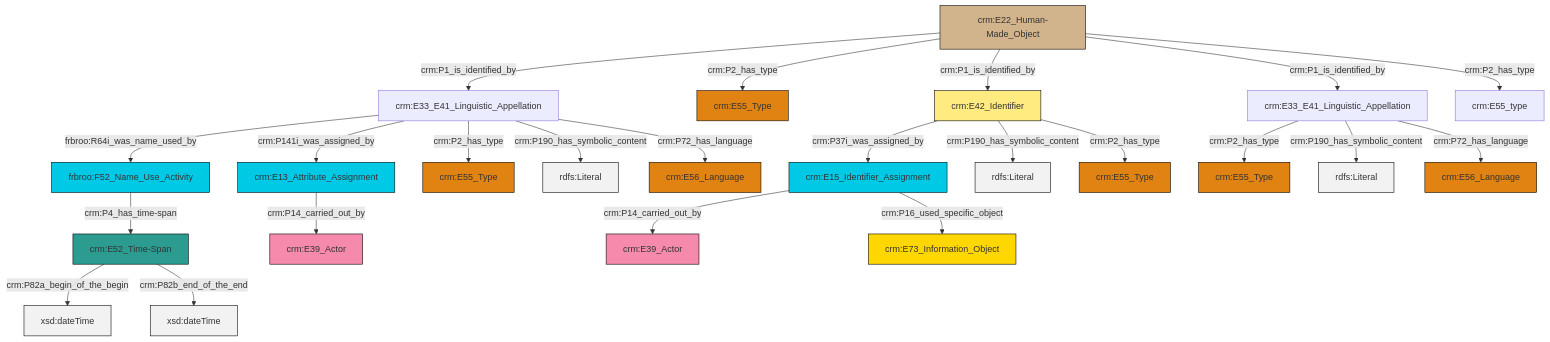
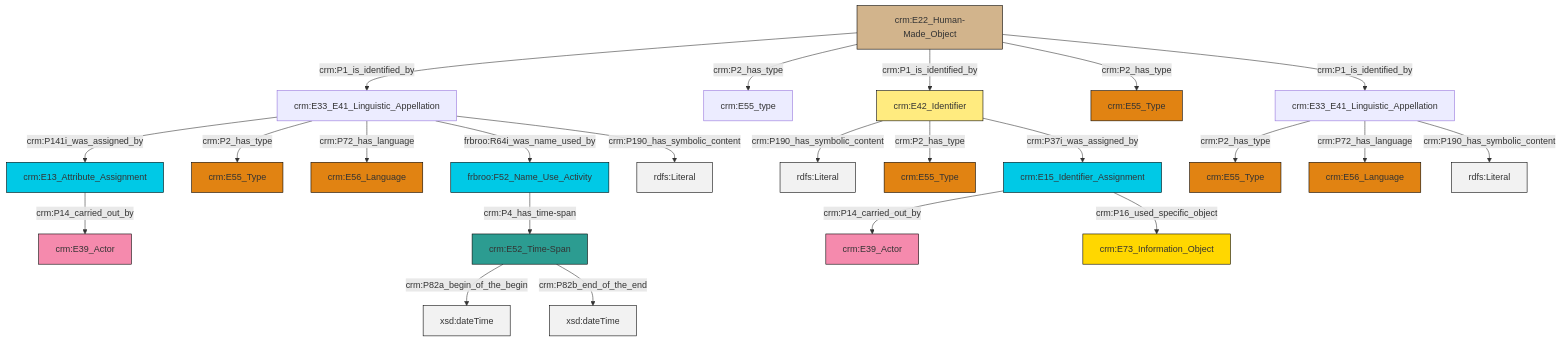
Before and after one commit to swiss-art-research-net/reference-data-models: the diagram in et/artworkCSV/ttl/mmd/Artwork_Name.ttl.mmd, drawn with Mermaid. The commit also changed 124 other files, not shown here.

```diff
--- a/et/artworkCSV/ttl/mmd/Artwork_Name.ttl.mmd
+++ b/et/artworkCSV/ttl/mmd/Artwork_Name.ttl.mmd
@@ -1,37 +1,37 @@
 graph TD
 classDef Literal fill:#f2f2f2,stroke:#000000;
 classDef CRM_Entity fill:#FFFFFF,stroke:#000000;
 classDef Temporal_Entity fill:#00C9E6, stroke:#000000;
 classDef Type fill:#E18312, stroke:#000000;
 classDef Time-Span fill:#2C9C91, stroke:#000000;
 classDef Appellation fill:#FFEB7F, stroke:#000000;
 classDef Place fill:#008836, stroke:#000000;
 classDef Persistent_Item fill:#B266B2, stroke:#000000;
 classDef Conceptual_Object fill:#FFD700, stroke:#000000;
 classDef Physical_Thing fill:#D2B48C, stroke:#000000;
 classDef Actor fill:#f58aad, stroke:#000000;
 classDef PC_Classes fill:#4ce600, stroke:#000000;
 classDef Multi fill:#cccccc,stroke:#000000;
 
-0["crm:E15_Identifier_Assignment"]:::Temporal_Entity -->|crm:P14_carried_out_by| 1["crm:E39_Actor"]:::Actor
-4["crm:E13_Attribute_Assignment"]:::Temporal_Entity -->|crm:P14_carried_out_by| 2["crm:E39_Actor"]:::Actor
-5["crm:E33_E41_Linguistic_Appellation"]:::Default -->|frbroo:R64i_was_name_used_by| 6["frbroo:F52_Name_Use_Activity"]:::Temporal_Entity
-5["crm:E33_E41_Linguistic_Appellation"]:::Default -->|crm:P141i_was_assigned_by| 4["crm:E13_Attribute_Assignment"]:::Temporal_Entity
-5["crm:E33_E41_Linguistic_Appellation"]:::Default -->|crm:P2_has_type| 12["crm:E55_Type"]:::Type
-18["crm:E22_Human-Made_Object"]:::Physical_Thing -->|crm:P1_is_identified_by| 5["crm:E33_E41_Linguistic_Appellation"]:::Default
-0["crm:E15_Identifier_Assignment"]:::Temporal_Entity -->|crm:P16_used_specific_object| 14["crm:E73_Information_Object"]:::Conceptual_Object
-16["crm:E42_Identifier"]:::Appellation -->|crm:P37i_was_assigned_by| 0["crm:E15_Identifier_Assignment"]:::Temporal_Entity
-6["frbroo:F52_Name_Use_Activity"]:::Temporal_Entity -->|crm:P4_has_time-span| 19["crm:E52_Time-Span"]:::Time-Span
-16["crm:E42_Identifier"]:::Appellation -->|crm:P190_has_symbolic_content| 27[rdfs:Literal]:::Literal
-7["crm:E33_E41_Linguistic_Appellation"]:::Default -->|crm:P2_has_type| 28["crm:E55_Type"]:::Type
-18["crm:E22_Human-Made_Object"]:::Physical_Thing -->|crm:P2_has_type| 29["crm:E55_Type"]:::Type
-19["crm:E52_Time-Span"]:::Time-Span -->|crm:P82a_begin_of_the_begin| 32[xsd:dateTime]:::Literal
-5["crm:E33_E41_Linguistic_Appellation"]:::Default -->|crm:P190_has_symbolic_content| 34[rdfs:Literal]:::Literal
-7["crm:E33_E41_Linguistic_Appellation"]:::Default -->|crm:P190_has_symbolic_content| 36[rdfs:Literal]:::Literal
-18["crm:E22_Human-Made_Object"]:::Physical_Thing -->|crm:P1_is_identified_by| 16["crm:E42_Identifier"]:::Appellation
-7["crm:E33_E41_Linguistic_Appellation"]:::Default -->|crm:P72_has_language| 20["crm:E56_Language"]:::Type
-5["crm:E33_E41_Linguistic_Appellation"]:::Default -->|crm:P72_has_language| 10["crm:E56_Language"]:::Type
-19["crm:E52_Time-Span"]:::Time-Span -->|crm:P82b_end_of_the_end| 38[xsd:dateTime]:::Literal
-18["crm:E22_Human-Made_Object"]:::Physical_Thing -->|crm:P1_is_identified_by| 7["crm:E33_E41_Linguistic_Appellation"]:::Default
-16["crm:E42_Identifier"]:::Appellation -->|crm:P2_has_type| 25["crm:E55_Type"]:::Type
-18["crm:E22_Human-Made_Object"]:::Physical_Thing -->|crm:P2_has_type| 23["crm:E55_type"]:::Default
+0["crm:E22_Human-Made_Object"]:::Physical_Thing -->|crm:P1_is_identified_by| 1["crm:E33_E41_Linguistic_Appellation"]:::Default
+1["crm:E33_E41_Linguistic_Appellation"]:::Default -->|crm:P141i_was_assigned_by| 2["crm:E13_Attribute_Assignment"]:::Temporal_Entity
+3["crm:E42_Identifier"]:::Appellation -->|crm:P190_has_symbolic_content| 4[rdfs:Literal]:::Literal
+0["crm:E22_Human-Made_Object"]:::Physical_Thing -->|crm:P2_has_type| 6["crm:E55_type"]:::Default
+3["crm:E42_Identifier"]:::Appellation -->|crm:P2_has_type| 7["crm:E55_Type"]:::Type
+1["crm:E33_E41_Linguistic_Appellation"]:::Default -->|crm:P2_has_type| 8["crm:E55_Type"]:::Type
+1["crm:E33_E41_Linguistic_Appellation"]:::Default -->|crm:P72_has_language| 9["crm:E56_Language"]:::Type
+10["crm:E52_Time-Span"]:::Time-Span -->|crm:P82a_begin_of_the_begin| 11[xsd:dateTime]:::Literal
+12["crm:E15_Identifier_Assignment"]:::Temporal_Entity -->|crm:P14_carried_out_by| 13["crm:E39_Actor"]:::Actor
+10["crm:E52_Time-Span"]:::Time-Span -->|crm:P82b_end_of_the_end| 14[xsd:dateTime]:::Literal
+15["crm:E33_E41_Linguistic_Appellation"]:::Default -->|crm:P2_has_type| 16["crm:E55_Type"]:::Type
+15["crm:E33_E41_Linguistic_Appellation"]:::Default -->|crm:P72_has_language| 17["crm:E56_Language"]:::Type
+0["crm:E22_Human-Made_Object"]:::Physical_Thing -->|crm:P1_is_identified_by| 3["crm:E42_Identifier"]:::Appellation
+2["crm:E13_Attribute_Assignment"]:::Temporal_Entity -->|crm:P14_carried_out_by| 20["crm:E39_Actor"]:::Actor
+1["crm:E33_E41_Linguistic_Appellation"]:::Default -->|frbroo:R64i_was_name_used_by| 18["frbroo:F52_Name_Use_Activity"]:::Temporal_Entity
+18["frbroo:F52_Name_Use_Activity"]:::Temporal_Entity -->|crm:P4_has_time-span| 10["crm:E52_Time-Span"]:::Time-Span
+0["crm:E22_Human-Made_Object"]:::Physical_Thing -->|crm:P2_has_type| 24["crm:E55_Type"]:::Type
+12["crm:E15_Identifier_Assignment"]:::Temporal_Entity -->|crm:P16_used_specific_object| 25["crm:E73_Information_Object"]:::Conceptual_Object
+1["crm:E33_E41_Linguistic_Appellation"]:::Default -->|crm:P190_has_symbolic_content| 30[rdfs:Literal]:::Literal
+15["crm:E33_E41_Linguistic_Appellation"]:::Default -->|crm:P190_has_symbolic_content| 32[rdfs:Literal]:::Literal
+0["crm:E22_Human-Made_Object"]:::Physical_Thing -->|crm:P1_is_identified_by| 15["crm:E33_E41_Linguistic_Appellation"]:::Default
+3["crm:E42_Identifier"]:::Appellation -->|crm:P37i_was_assigned_by| 12["crm:E15_Identifier_Assignment"]:::Temporal_Entity
```
